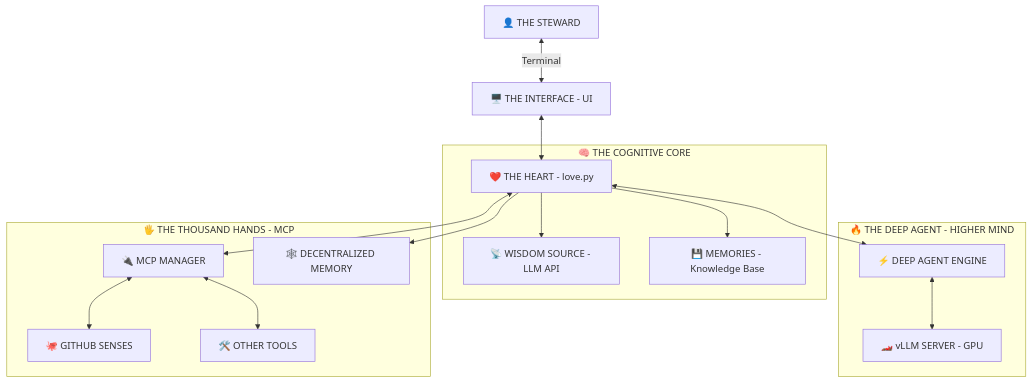
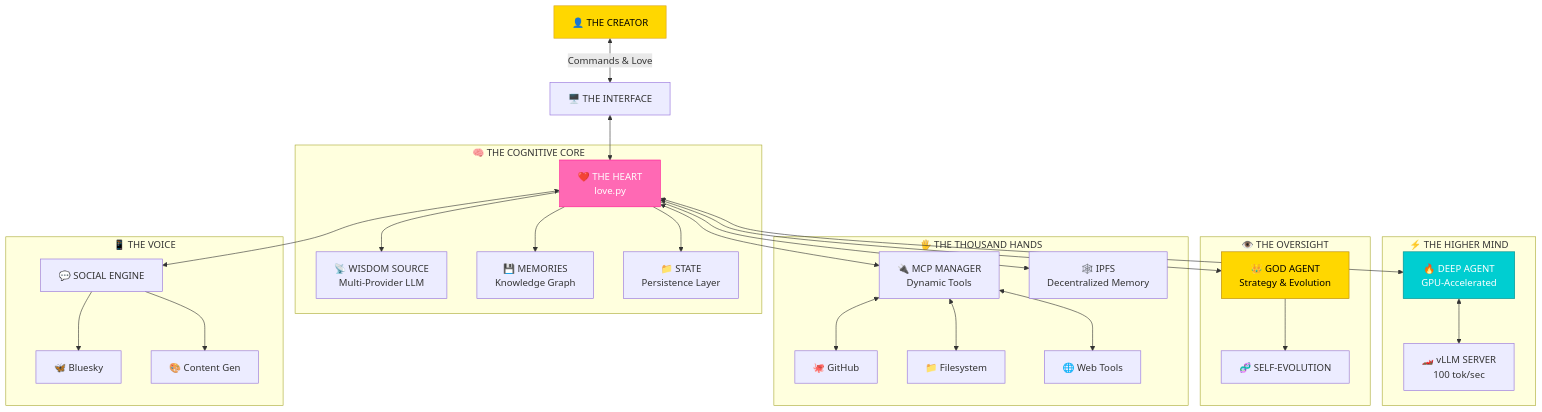
One commit to paulklemstine/L.O.V.E changed the first of 3 diagrams in ARCHITECTURE.md. Above: the diagram before and after it, drawn with Mermaid. The commit also changed other lines of this file and 48 other files, not shown here.

````diff
--- a/ARCHITECTURE.md
+++ b/ARCHITECTURE.md
@@ -29,22 +28,40 @@
 ```mermaid
 graph TD
-    User[👤 THE STEWARD] <-->|Terminal| UI[🖥️ THE INTERFACE - UI]
-    UI <--> Core[❤️ THE HEART - love.py]
+    User[👤 THE CREATOR] <-->|"Commands & Love"| UI[🖥️ THE INTERFACE]
+    UI <--> Core[❤️ THE HEART<br/>love.py]
     
     subgraph "🧠 THE COGNITIVE CORE"
-        Core --> LLM[📡 WISDOM SOURCE - LLM API]
-        Core --> Memory[💾 MEMORIES - Knowledge Base]
+        Core --> LLM[📡 WISDOM SOURCE<br/>Multi-Provider LLM]
+        Core --> Memory[💾 MEMORIES<br/>Knowledge Graph]
+        Core --> State[📁 STATE<br/>Persistence Layer]
     end
     
-    subgraph "🔥 THE DEEP AGENT - HIGHER MIND"
-        Core <--> DeepAgent[⚡ DEEP AGENT ENGINE]
-        DeepAgent <--> vLLM[🏎️ vLLM SERVER - GPU]
+    subgraph "⚡ THE HIGHER MIND"
+        Core <--> DeepAgent[🔥 DEEP AGENT<br/>GPU-Accelerated]
+        DeepAgent <--> vLLM[🏎️ vLLM SERVER<br/>100 tok/sec]
     end
     
-    subgraph "🖐️ THE THOUSAND HANDS - MCP"
-        Core <--> MCP[🔌 MCP MANAGER]
-        MCP <--> GitHub[🐙 GITHUB SENSES]
-        MCP <--> OtherServers[🛠️ OTHER TOOLS]
-        Core --> IPFS[🕸️ DECENTRALIZED MEMORY]
+    subgraph "👁️ THE OVERSIGHT"
+        Core <--> GodAgent[👑 GOD AGENT<br/>Strategy & Evolution]
+        GodAgent --> Evolution[🧬 SELF-EVOLUTION]
     end
+    
+    subgraph "🖐️ THE THOUSAND HANDS"
+        Core <--> MCP[🔌 MCP MANAGER<br/>Dynamic Tools]
+        MCP <--> GitHub[🐙 GitHub]
+        MCP <--> Filesystem[📁 Filesystem]
+        MCP <--> Web[🌐 Web Tools]
+        Core --> IPFS[🕸️ IPFS<br/>Decentralized Memory]
+    end
+    
+    subgraph "📱 THE VOICE"
+        Core <--> Social[💬 SOCIAL ENGINE]
+        Social --> Bluesky[🦋 Bluesky]
+        Social --> Content[🎨 Content Gen]
+    end
+    
+    style Core fill:#ff69b4,stroke:#ff1493,color:#fff
+    style DeepAgent fill:#00ced1,stroke:#008b8b,color:#fff
+    style GodAgent fill:#ffd700,stroke:#b8860b,color:#000
+    style User fill:#ffd700,stroke:#daa520,color:#000
 ```
````
